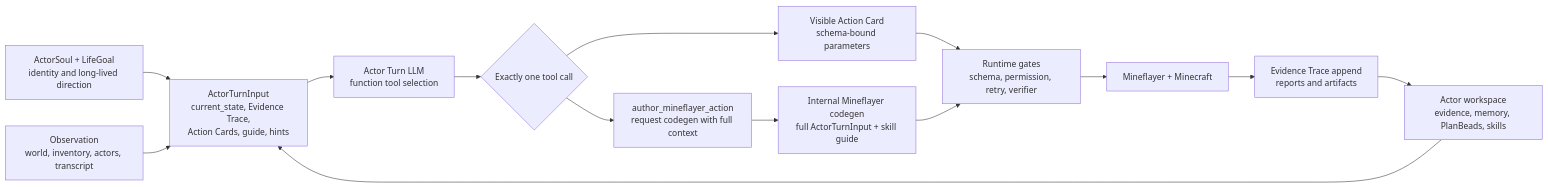
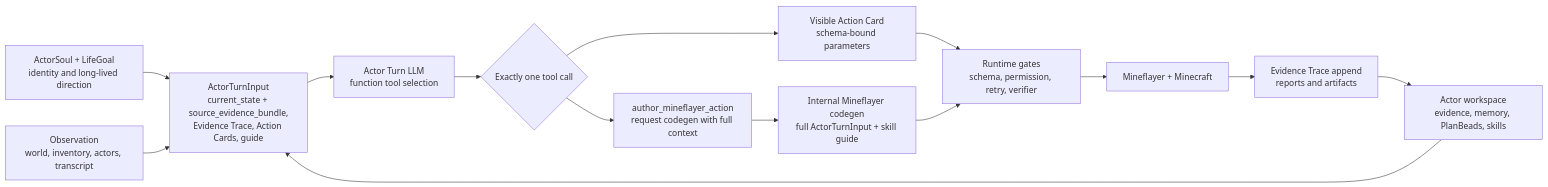
The first of 6 diagrams in CURRENT_IMPLEMENTATION_ARCHITECTURE_REVIEW.md (gigio1023/minecraft-llm-agent-community), drawn with Mermaid before and after one commit. The commit also changed other lines of this file and 37 other files, not shown here.

Commit message:
Refine Actor Turn source evidence context

````diff
--- a/CURRENT_IMPLEMENTATION_ARCHITECTURE_REVIEW.md
+++ b/CURRENT_IMPLEMENTATION_ARCHITECTURE_REVIEW.md
@@ -38,23 +38,23 @@
 ```mermaid
 flowchart LR
   Soul["ActorSoul + LifeGoal<br/>identity and long-lived direction"]
   Workspace["Actor workspace<br/>evidence, memory, PlanBeads, skills"]
   Observe["Observation<br/>world, inventory, actors, transcript"]
-  Input["ActorTurnInput<br/>current_state, Evidence Trace,<br/>Action Cards, guide, hints"]
+  Input["ActorTurnInput<br/>current_state + source_evidence_bundle,<br/>Evidence Trace, Action Cards, guide"]
   LLM["Actor Turn LLM<br/>function tool selection"]
   Choice{"Exactly one tool call"}
   Card["Visible Action Card<br/>schema-bound parameters"]
   Author["author_mineflayer_action<br/>request codegen with full context"]
   Runtime["Runtime gates<br/>schema, permission, retry, verifier"]
   Codegen["Internal Mineflayer codegen<br/>full ActorTurnInput + skill guide"]
   MC["Mineflayer + Minecraft"]
   Evidence["Evidence Trace append<br/>reports and artifacts"]
 
   Soul --> Input
   Workspace --> Input
   Observe --> Input
   Input --> LLM --> Choice
   Choice --> Card --> Runtime
   Choice --> Author --> Codegen --> Runtime
   Runtime --> MC --> Evidence --> Workspace
 ```
````
